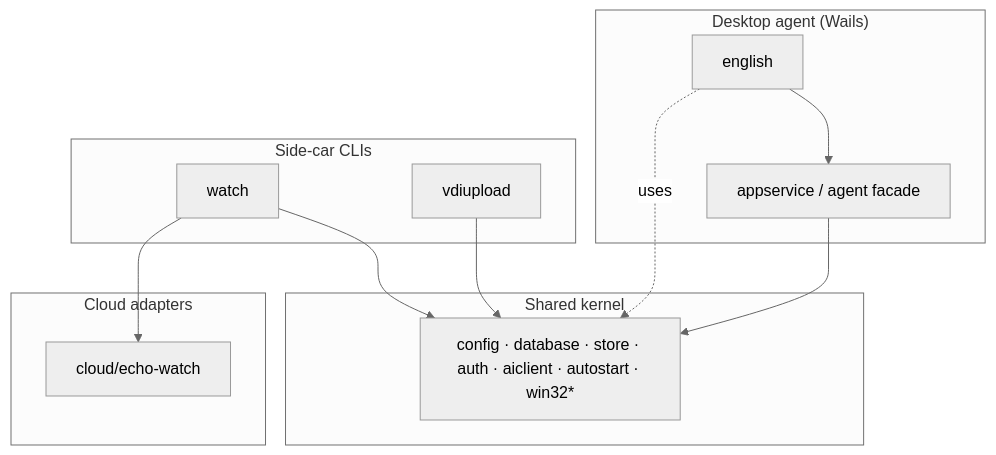
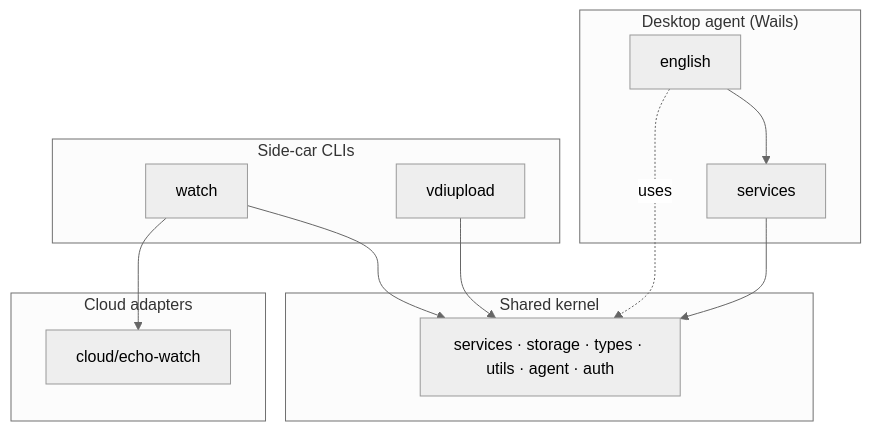
Before and after one commit to zcharym/talus-mofish: the diagram in docs/domains/README.md, drawn with Mermaid (neutral theme). The commit also changed other lines of this file and 162 other files, not shown here.

Commit message:
refactor: restructure backend services and remove deprecated appservice

````diff
--- a/docs/domains/README.md
+++ b/docs/domains/README.md
@@ -18,27 +23,27 @@
 ```mermaid
 flowchart TB
   subgraph desktop["Desktop agent (Wails)"]
     EN[english]
-    AS[appservice / agent facade]
-    EN --> AS
+    SVC[services]
+    EN --> SVC
   end
 
   subgraph sidecars["Side-car CLIs"]
     W[watch]
     U[vdiupload]
   end
 
   subgraph cloud["Cloud adapters"]
     CW[cloud/echo-watch]
   end
 
   subgraph kernel["Shared kernel"]
-    K[config · database · store · auth · aiclient · autostart · win32*]
+    K[services · storage · types · utils · agent · auth]
   end
 
-  AS --> K
+  SVC --> K
   EN -.->|uses| K
   W --> K
   U --> K
   W --> CW
 ```
````
